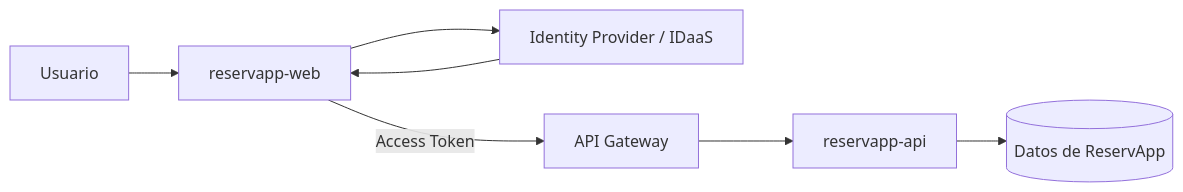
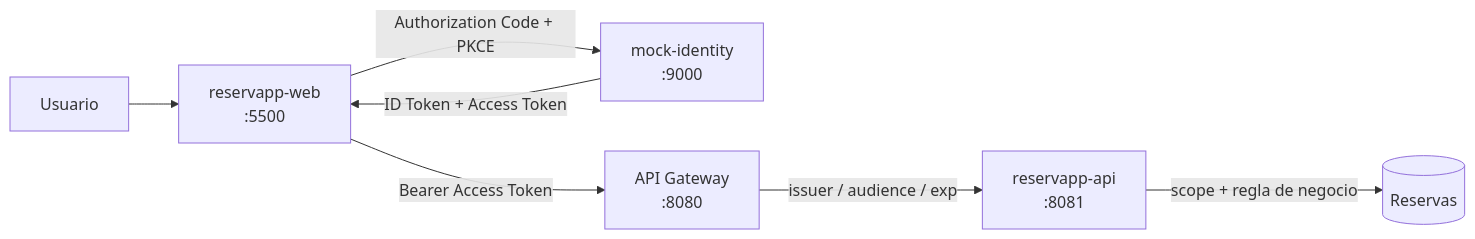
One commit to cmartinezs/DSY1107-DESARROLLO-CLOUD-NATIVE-I-2026-2 changed the first of 4 diagrams in semanas/semana-02/laboratorio-flujo-identidad/README.md. Above: the diagram before and after it, drawn with Mermaid. The commit also changed other lines of this file, not shown here.

Commit message:
refactor: convierte lab Semana 02 en practica ejecutable ReservApp

````diff
--- a/semanas/semana-02/laboratorio-flujo-identidad/README.md
+++ b/semanas/semana-02/laboratorio-flujo-identidad/README.md
@@ -34,9 +23,9 @@
 ```mermaid
 flowchart LR
-    U[Usuario] --> W[reservapp-web]
-    W --> I[Identity Provider / IDaaS]
-    I --> W
-    W -->|Access Token| G[API Gateway]
-    G --> A[reservapp-api]
-    A --> D[(Datos de ReservApp)]
+    U[Usuario] --> W[reservapp-web\n:5500]
+    W -->|Authorization Code + PKCE| I[mock-identity\n:9000]
+    I -->|ID Token + Access Token| W
+    W -->|Bearer Access Token| G[API Gateway\n:8080]
+    G -->|issuer / audience / exp| A[reservapp-api\n:8081]
+    A -->|scope + regla de negocio| D[(Reservas)]
 ```
````
